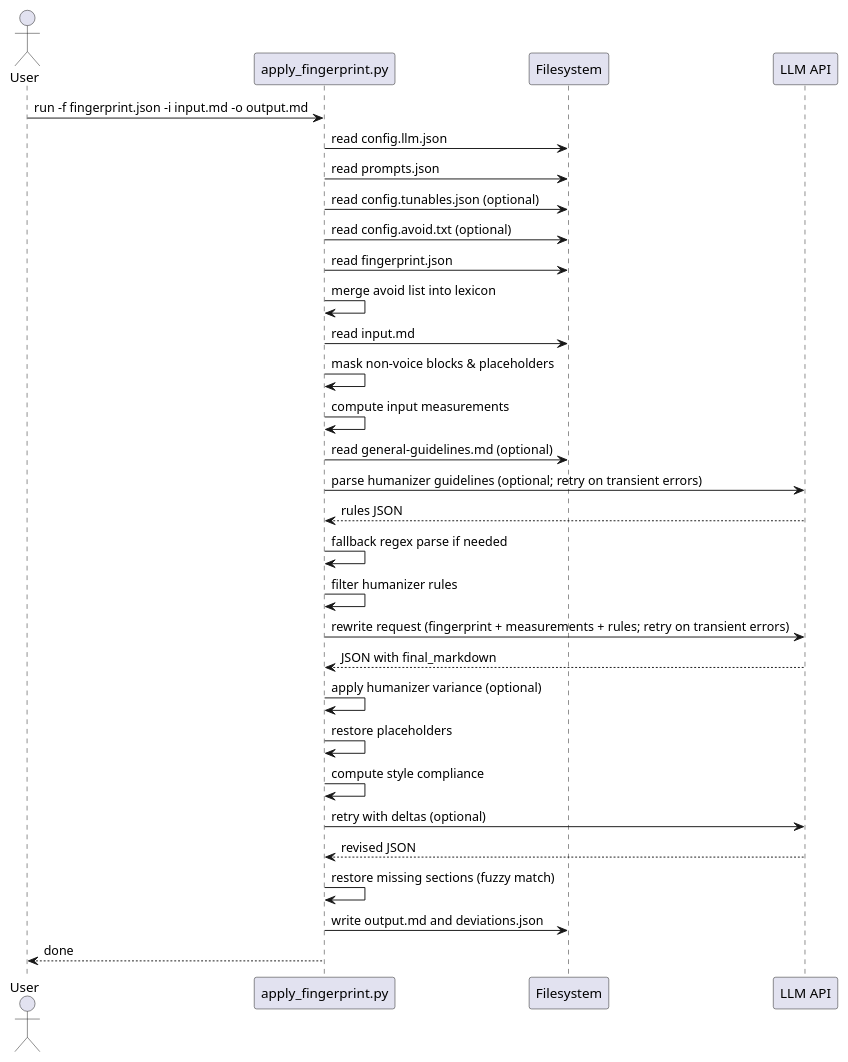
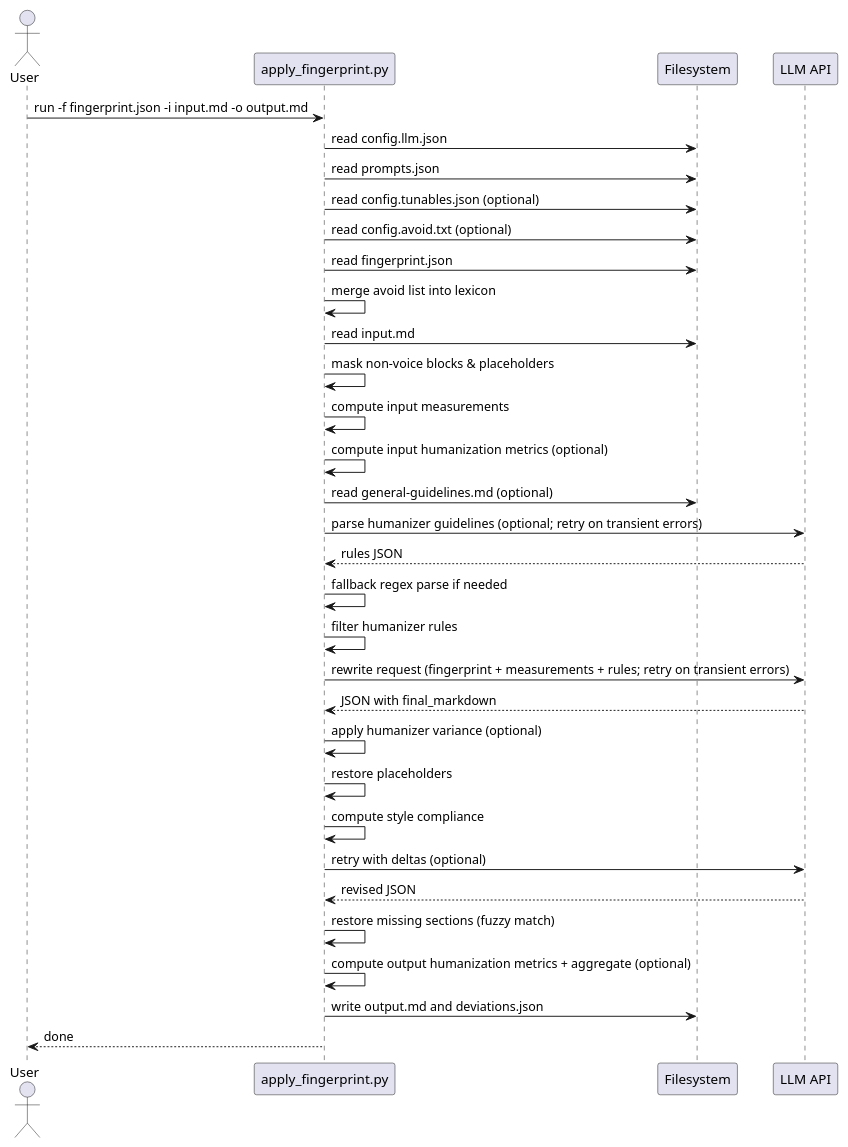
One commit to ngpepin/stylometric-transfer changed the third of 3 diagrams in UML-Apply.md. Above: the diagram before and after it, drawn with PlantUML. The commit also changed other lines of this file and 7 other files, not shown here.

Commit message:
feat: add humanization metrics and aggregate scoring for improved style compliance

````diff
--- a/UML-Apply.md
+++ b/UML-Apply.md
@@ -131,34 +143,36 @@
 ```plantuml
 @startuml
 actor User
 participant "apply_fingerprint.py" as AF
 participant "Filesystem" as FS
 participant "LLM API" as LLM
 
 User -> AF : run -f fingerprint.json -i input.md -o output.md
 AF -> FS : read config.llm.json
 AF -> FS : read prompts.json
 AF -> FS : read config.tunables.json (optional)
 AF -> FS : read config.avoid.txt (optional)
 AF -> FS : read fingerprint.json
 AF -> AF : merge avoid list into lexicon
 AF -> FS : read input.md
 AF -> AF : mask non-voice blocks & placeholders
 AF -> AF : compute input measurements
+AF -> AF : compute input humanization metrics (optional)
 AF -> FS : read general-guidelines.md (optional)
 AF -> LLM : parse humanizer guidelines (optional; retry on transient errors)
 LLM --> AF : rules JSON
 AF -> AF : fallback regex parse if needed
 AF -> AF : filter humanizer rules
 AF -> LLM : rewrite request (fingerprint + measurements + rules; retry on transient errors)
 LLM --> AF : JSON with final_markdown
 AF -> AF : apply humanizer variance (optional)
 AF -> AF : restore placeholders
 AF -> AF : compute style compliance
 AF -> LLM : retry with deltas (optional)
 LLM --> AF : revised JSON
 AF -> AF : restore missing sections (fuzzy match)
+AF -> AF : compute output humanization metrics + aggregate (optional)
 AF -> FS : write output.md and deviations.json
 AF --> User : done
 @enduml
 ```
````
